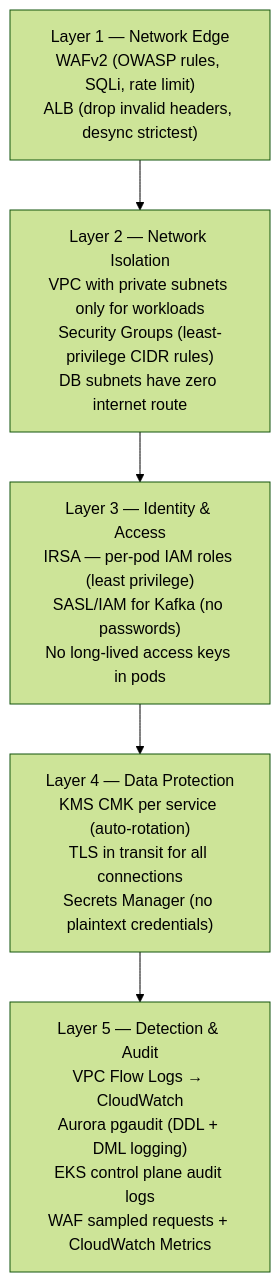
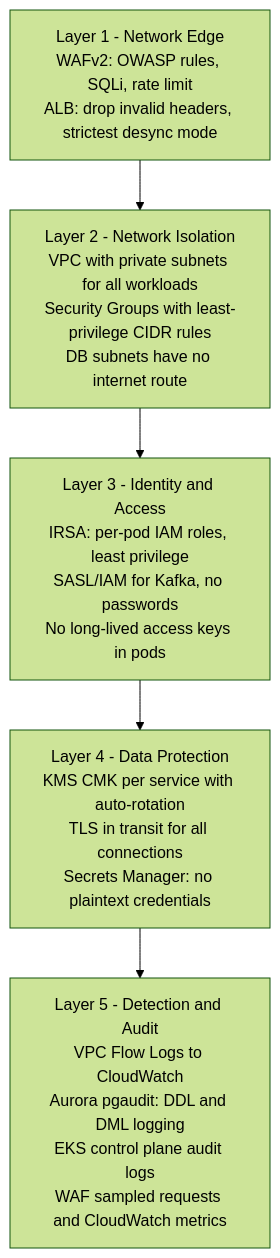
Before and after one commit to arshali471/caltech-infra-project: the fifth of 6 diagrams in ARCHITECTURE.md, drawn with Mermaid (forest theme). The commit also changed other lines of this file, not shown here.

Commit message:
fixed architecture diagram

````diff
--- a/ARCHITECTURE.md
+++ b/ARCHITECTURE.md
@@ -374,10 +379,10 @@
 ```mermaid
 graph TD
-    L1["Layer 1 — Network Edge\nWAFv2 (OWASP rules, SQLi, rate limit)\nALB (drop invalid headers, desync strictest)"]
-    L2["Layer 2 — Network Isolation\nVPC with private subnets only for workloads\nSecurity Groups (least-privilege CIDR rules)\nDB subnets have zero internet route"]
-    L3["Layer 3 — Identity & Access\nIRSA — per-pod IAM roles (least privilege)\nSASL/IAM for Kafka (no passwords)\nNo long-lived access keys in pods"]
-    L4["Layer 4 — Data Protection\nKMS CMK per service (auto-rotation)\nTLS in transit for all connections\nSecrets Manager (no plaintext credentials)"]
-    L5["Layer 5 — Detection & Audit\nVPC Flow Logs → CloudWatch\nAurora pgaudit (DDL + DML logging)\nEKS control plane audit logs\nWAF sampled requests + CloudWatch Metrics"]
+    L1["Layer 1 - Network Edge<br/>WAFv2: OWASP rules, SQLi, rate limit<br/>ALB: drop invalid headers, strictest desync mode"]
+    L2["Layer 2 - Network Isolation<br/>VPC with private subnets for all workloads<br/>Security Groups with least-privilege CIDR rules<br/>DB subnets have no internet route"]
+    L3["Layer 3 - Identity and Access<br/>IRSA: per-pod IAM roles, least privilege<br/>SASL/IAM for Kafka, no passwords<br/>No long-lived access keys in pods"]
+    L4["Layer 4 - Data Protection<br/>KMS CMK per service with auto-rotation<br/>TLS in transit for all connections<br/>Secrets Manager: no plaintext credentials"]
+    L5["Layer 5 - Detection and Audit<br/>VPC Flow Logs to CloudWatch<br/>Aurora pgaudit: DDL and DML logging<br/>EKS control plane audit logs<br/>WAF sampled requests and CloudWatch metrics"]
 
     L1 --> L2 --> L3 --> L4 --> L5
 ```
````
